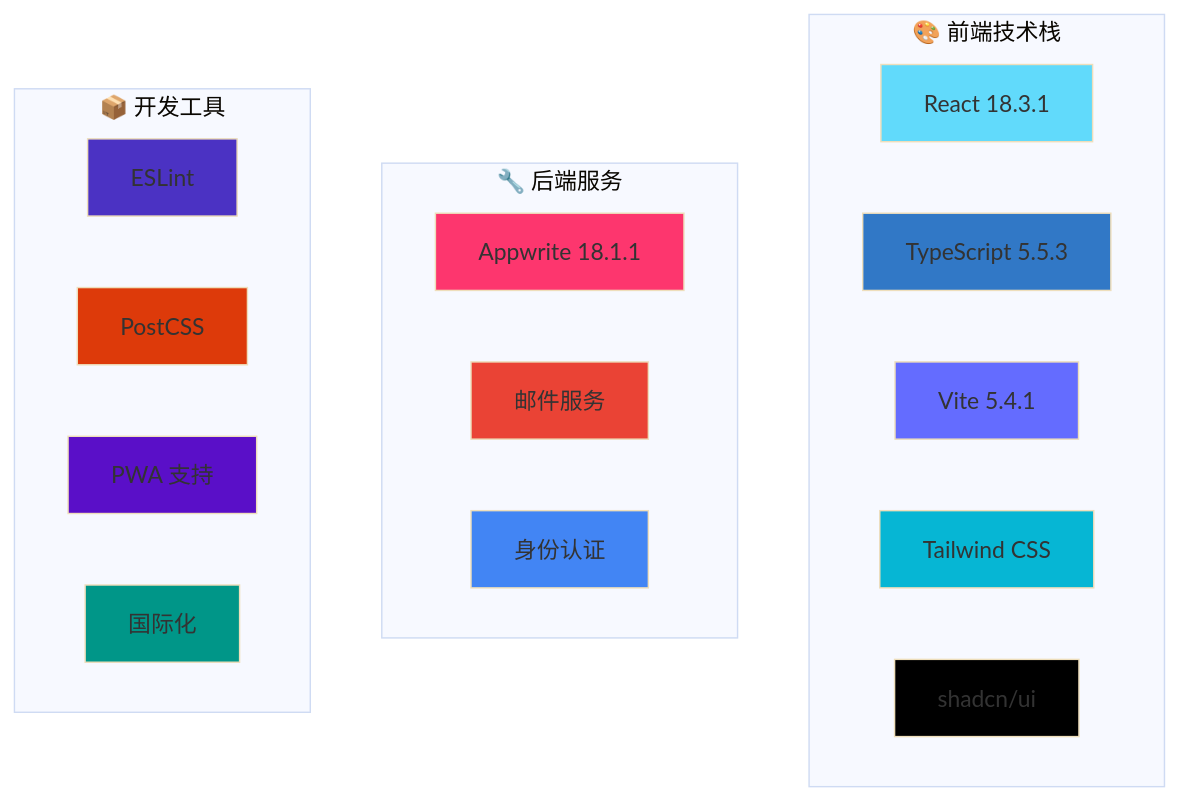
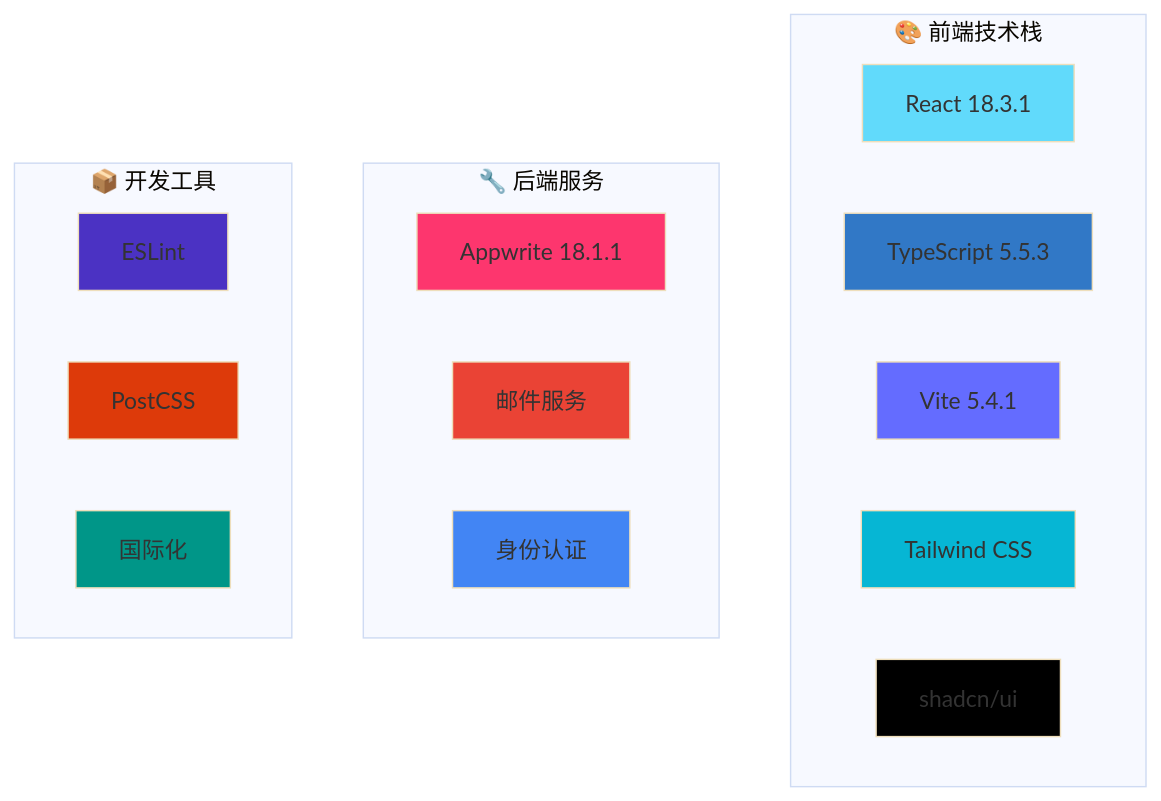
The first of 2 diagrams in docs/zh-CN/README.md (ansonlo-dev/LingUBible), drawn with Mermaid (base theme) before and after one commit. The commit also changed other lines of this file and 2 other files, not shown here.

Commit message:
fix: improve README layout and fix broken shields - Reduce logo width to 50% for better visual balance - Remove PWA references from tech stack and mermaid diagrams since PWA is not currently available - Replace broken tokei shield with GitHub code size shield - Fix remaining GitHub repository URLs in all language READMEs - Ensure consistent content across English, Traditional Chinese, and Simplified Chinese versions

````diff
--- a/docs/zh-CN/README.md
+++ b/docs/zh-CN/README.md
@@ -127,36 +126,34 @@
 ```mermaid
 graph TD
     subgraph "🎨 前端技术栈"
         A[React 18.3.1]
         B[TypeScript 5.5.3]
         C[Vite 5.4.1]
         D[Tailwind CSS]
         E[shadcn/ui]
     end
     
     subgraph "🔧 后端服务"
         F[Appwrite 18.1.1]
         G[邮件服务]
         H[身份认证]
     end
     
     subgraph "📦 开发工具"
         I[ESLint]
         J[PostCSS]
-        K[PWA 支持]
-        L[国际化]
+        K[国际化]
     end
     
     style A fill:#61dafb
     style B fill:#3178c6
     style C fill:#646cff
     style D fill:#06b6d4
     style E fill:#000000
     style F fill:#fd366e
     style G fill:#ea4335
     style H fill:#4285f4
     style I fill:#4b32c3
     style J fill:#dd3a0a
-    style K fill:#5a0fc8
-    style L fill:#009688
+    style K fill:#009688
 ```
````
